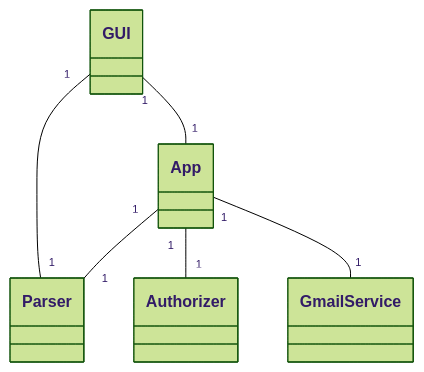
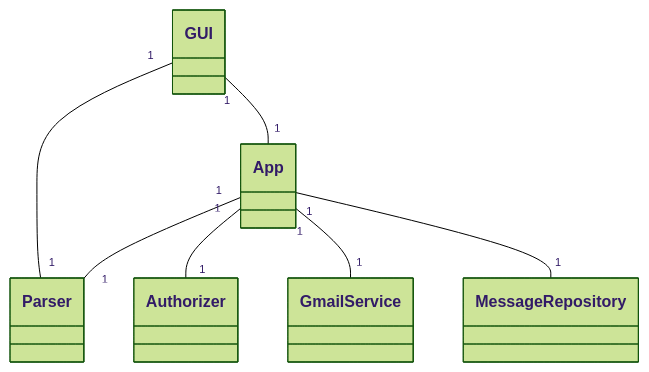
The first of 7 diagrams in dokumentaatio/arkkitehtuuri.md (nualn/MassMailer), drawn with Mermaid (forest theme) before and after one commit. The commit also changed other lines of this file and 2 other files, not shown here.

````diff
--- a/dokumentaatio/arkkitehtuuri.md
+++ b/dokumentaatio/arkkitehtuuri.md
@@ -2,11 +2,11 @@
 ```mermaid
 classDiagram
 
 GUI "1"--"1" Parser
 GUI "1"--"1" App
-
 App "1"--"1" Parser
 App "1"--"1" Authorizer
 App "1"--"1" GmailService
+App "1"--"1" MessageRepository
 
 ```
````
